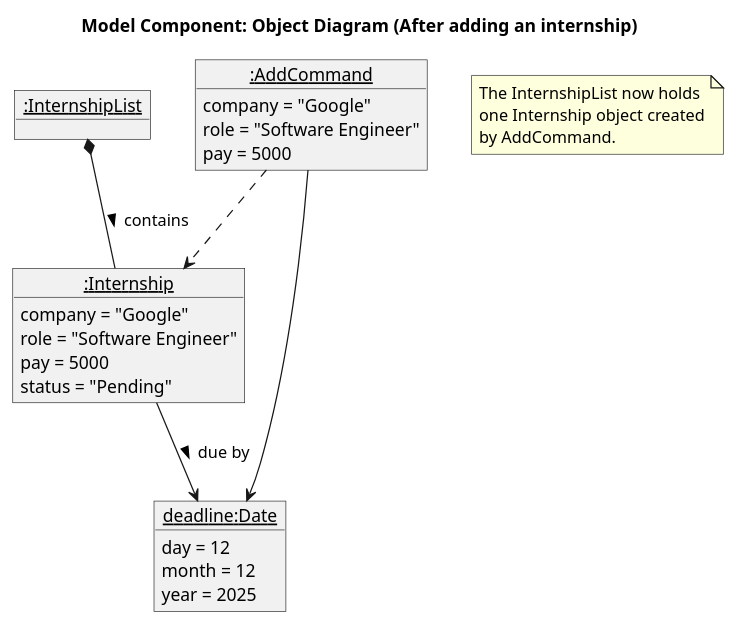
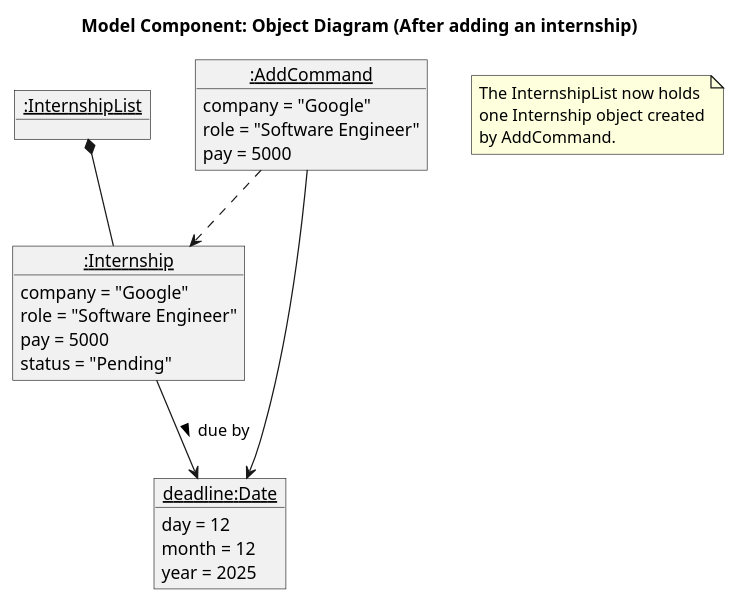
One commit to AY2526S1-CS2113-W14-4/tp changed the diagram in docs/diagrams/ModelComponentOD_Add.puml. Above: the diagram before and after it, drawn with PlantUML. The commit also changed 1 other file, not shown here.

Commit message:
Remove redundant label to composition in Model Obj Diagram

```diff
--- a/docs/diagrams/ModelComponentOD_Add.puml
+++ b/docs/diagrams/ModelComponentOD_Add.puml
@@ -1,41 +1,40 @@
 @startuml ModelComponentOD_Add
 hide circle
 title Model Component: Object Diagram (After adding an internship)
 
 ' Objects
 object "<u>:InternshipList</u>" as InternshipList
 
 object "<u>:AddCommand</u>" as AddCommand {
     company = "Google"
     role = "Software Engineer"
     pay = 5000
 }
 
 object "<u>:Internship</u>" as Internship {
     company = "Google"
     role = "Software Engineer"
     pay = 5000
     status = "Pending"
 }
 
 object "<u>deadline:Date</u>" as deadline {
     day = 12
     month = 12
     year = 2025
 }
 
 ' Relationships
 AddCommand ..> Internship
 AddCommand --> deadline
-InternshipList *-- Internship : contains >
+InternshipList *-- Internship
 Internship --> deadline : due by >
 
 ' Note
 note as n1
   The InternshipList now holds
   one Internship object created
   by AddCommand.
 end note
 
-
 @enduml
```
